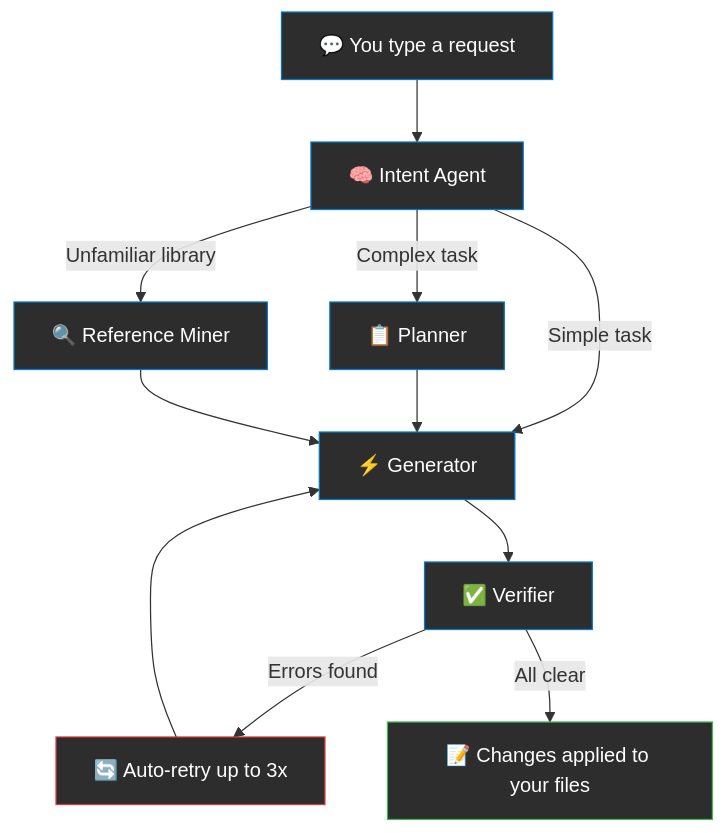
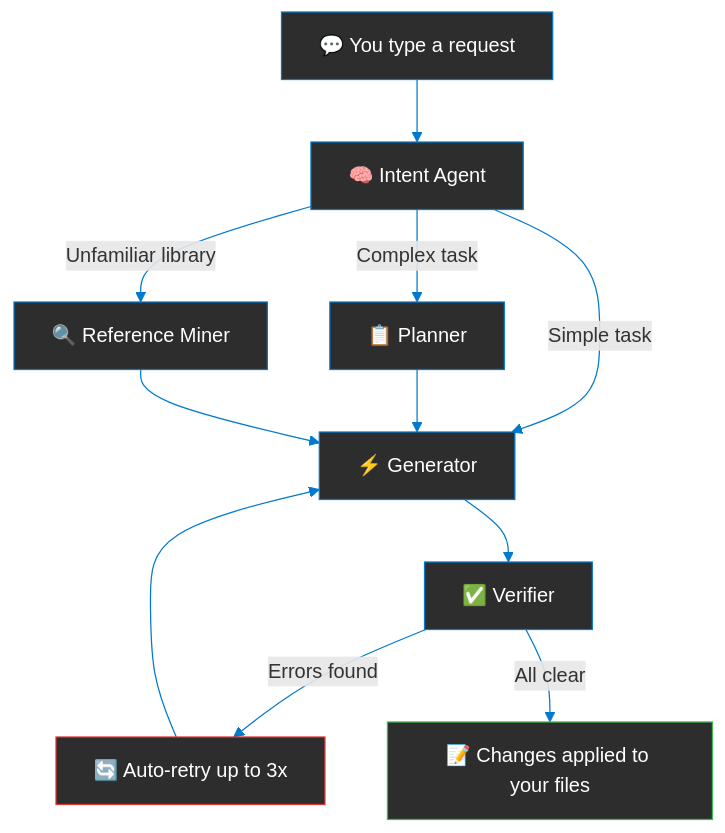
The diagram in README.md (Chaudhary-Adeel/deepcode), drawn with Mermaid before and after one commit. The commit also changed 8 other files, not shown here.

````diff
--- a/README.md
+++ b/README.md
@@ -27,22 +27,23 @@
 ```mermaid
+%%{init: { 'securityLevel': 'loose', 'theme': 'default', 'themeVariables': { 'primaryColor': '#fff', 'primaryTextColor': '#fff', 'primaryBorderColor': '#007acc', 'lineColor': '#007acc', 'secondaryColor': '#006400', 'tertiaryColor': '#fff' }, 'flowchart': { 'useMaxWidth': false, 'htmlLabels': true, 'curve': 'basis' } } }%%
 flowchart TD
     A["💬 You type a request"] --> B["🧠 Intent Agent"]
     B -->|Simple task| D["⚡ Generator"]
     B -->|Complex task| C["📋 Planner"]
     C --> D
     B -->|Unfamiliar library| E["🔍 Reference Miner"]
     E --> D
     D --> F["✅ Verifier"]
     F -->|Errors found| G["🔄 Auto-retry up to 3x"]
     G --> D
     F -->|All clear| H["📝 Changes applied to your files"]
 
     style A fill:#2d2d2d,stroke:#007acc,color:#fff
     style B fill:#2d2d2d,stroke:#007acc,color:#fff
     style C fill:#2d2d2d,stroke:#007acc,color:#fff
     style D fill:#2d2d2d,stroke:#007acc,color:#fff
     style E fill:#2d2d2d,stroke:#007acc,color:#fff
     style F fill:#2d2d2d,stroke:#007acc,color:#fff
     style G fill:#2d2d2d,stroke:#da3633,color:#fff
     style H fill:#2d2d2d,stroke:#3fb950,color:#fff
 ```
````
